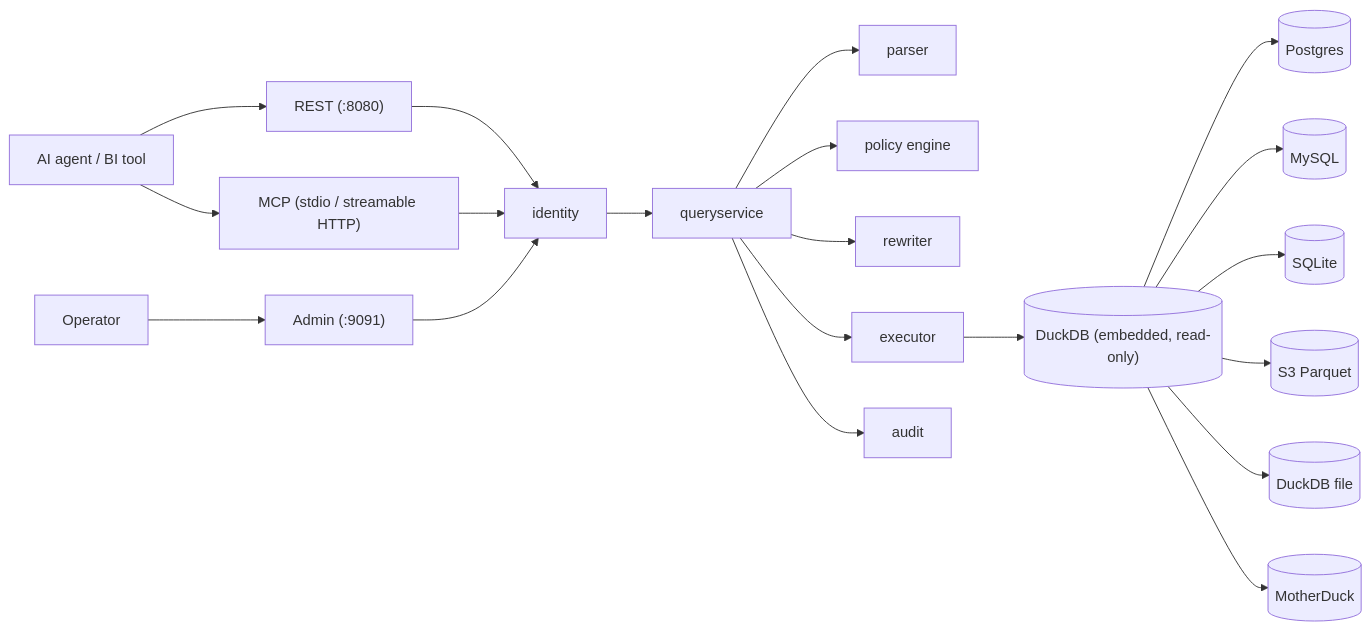
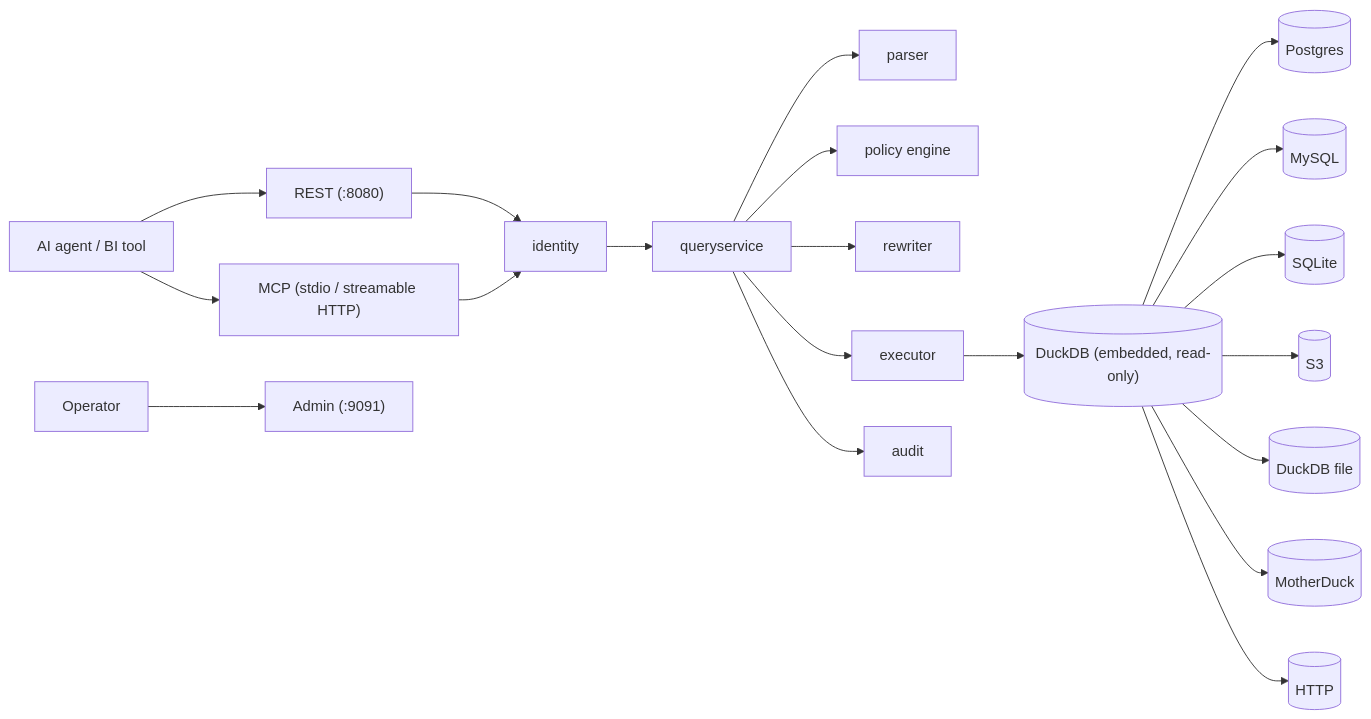
Before and after one commit to bino-bi/sluice: the diagram in docs/architecture/index.md, drawn with Mermaid. The commit also changed other lines of this file and 554 other files, not shown here.

````diff
--- a/docs/architecture/index.md
+++ b/docs/architecture/index.md
@@ -18,22 +9,22 @@
 ```mermaid
 flowchart LR
     C[AI agent / BI tool] --> REST["REST (:8080)"]
     C --> MCP["MCP (stdio / streamable HTTP)"]
     OP[Operator] --> ADM["Admin (:9091)"]
     REST --> ID[identity]
     MCP --> ID
-    ADM --> ID
     ID --> QS[queryservice]
     QS --> P[parser]
     QS --> PE[policy engine]
     QS --> RW[rewriter]
     QS --> EX[executor]
     QS --> AU[audit]
     EX --> DD[("DuckDB (embedded, read-only)")]
     DD --> S1[(Postgres)]
     DD --> S2[(MySQL)]
     DD --> S3[(SQLite)]
-    DD --> S4[(S3 Parquet)]
+    DD --> S4[(S3)]
     DD --> S5[(DuckDB file)]
     DD --> S6[(MotherDuck)]
+    DD --> S7[(HTTP)]
 ```
````
